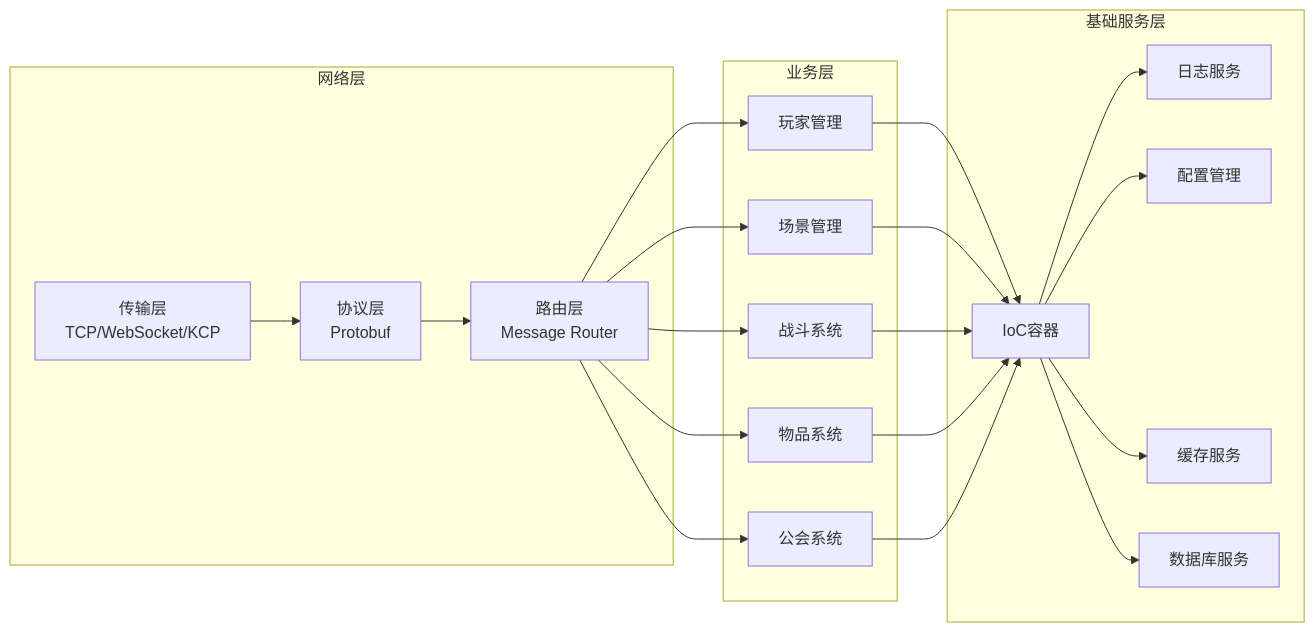
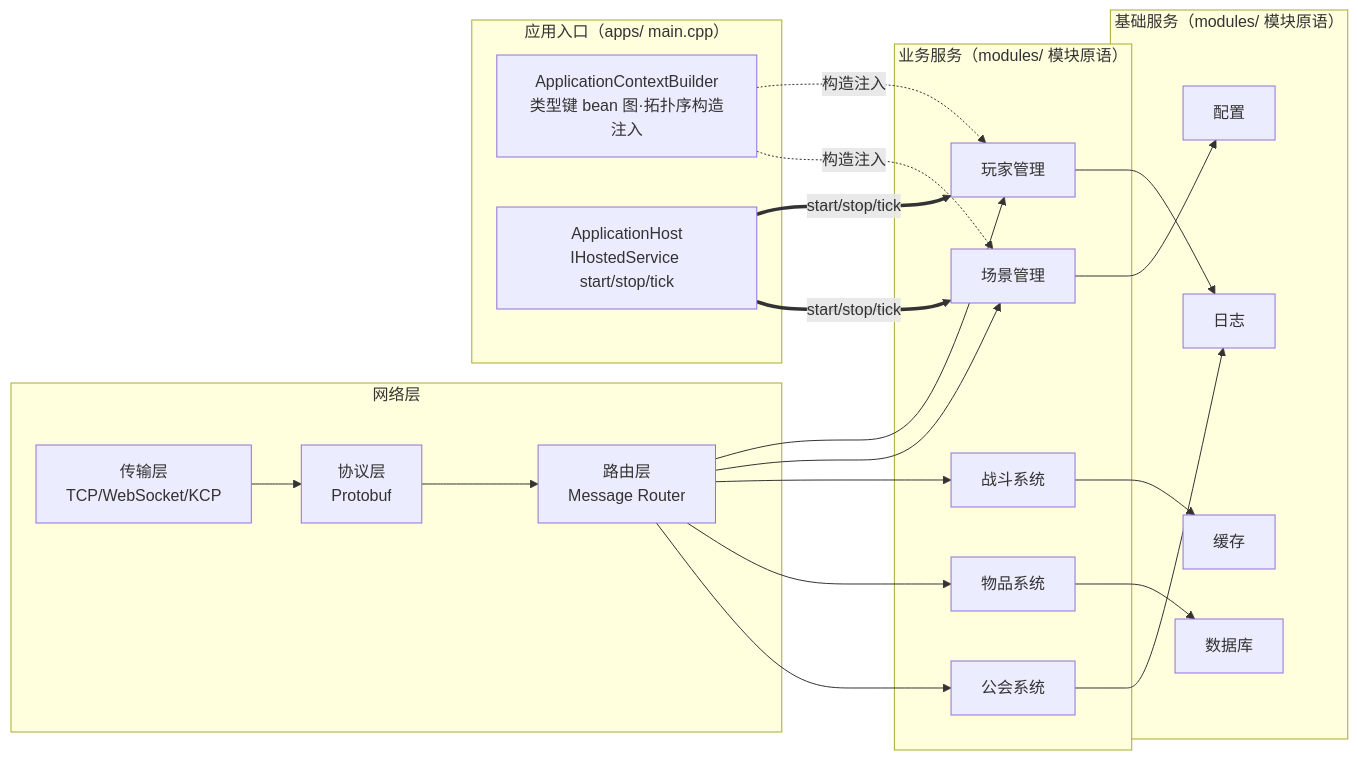
One commit to cuihairu/apollo changed the second of 3 diagrams in README.md. Above: the diagram before and after it, drawn with Mermaid. The commit also changed other lines of this file, not shown here.

First line of the commit message:
docs(readme): 对齐 ioc-review §0/§17 与 docs/36 结论——DI 表述/架构图/示例修正

````diff
--- a/README.md
+++ b/README.md
@@ -117,43 +118,47 @@
 ```mermaid
 graph LR
     subgraph "网络层"
         T1[传输层<br/>TCP/WebSocket/KCP]
         P1[协议层<br/>Protobuf]
         R1[路由层<br/>Message Router]
     end
 
-    subgraph "业务层"
+    subgraph "业务服务（modules/ 模块原语）"
         A1[玩家管理]
         S1[场景管理]
         B1[战斗系统]
         I1[物品系统]
         G1[公会系统]
     end
 
-    subgraph "基础服务层"
-        IOC[IoC容器]
-        LOG[日志服务]
-        CONF[配置管理]
-        CACHE[缓存服务]
-        DB[数据库服务]
+    subgraph "基础服务（modules/ 模块原语）"
+        LOG[日志]
+        CONF[配置]
+        CACHE[缓存]
+        DB[数据库]
+    end
+
+    subgraph "应用入口（apps/ main.cpp）"
+        ASM[ApplicationContextBuilder<br/>类型键 bean 图·拓扑序构造注入]
+        HOST[ApplicationHost<br/>IHostedService start/stop/tick]
     end
 
     T1 --> P1
     P1 --> R1
     R1 --> A1
     R1 --> S1
     R1 --> B1
     R1 --> I1
     R1 --> G1
 
-    A1 --> IOC
-    S1 --> IOC
-    B1 --> IOC
-    I1 --> IOC
-    G1 --> IOC
+    A1 --> LOG
+    S1 --> CONF
+    B1 --> CACHE
+    I1 --> DB
+    G1 --> LOG
 
-    IOC --> LOG
-    IOC --> CONF
-    IOC --> CACHE
-    IOC --> DB
+    ASM -.构造注入.-> A1
+    ASM -.构造注入.-> S1
+    HOST ==start/stop/tick==> A1
+    HOST ==start/stop/tick==> S1
 ```
````
